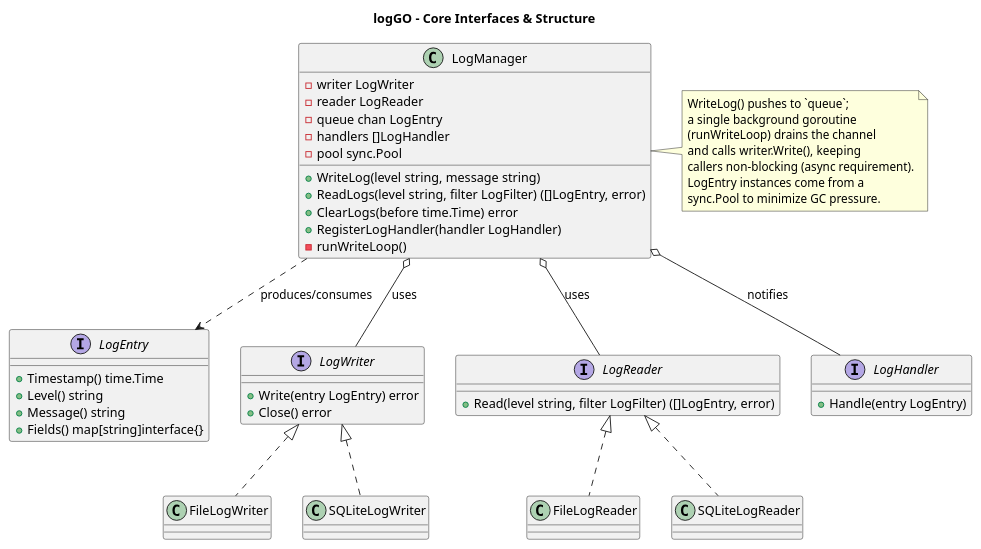
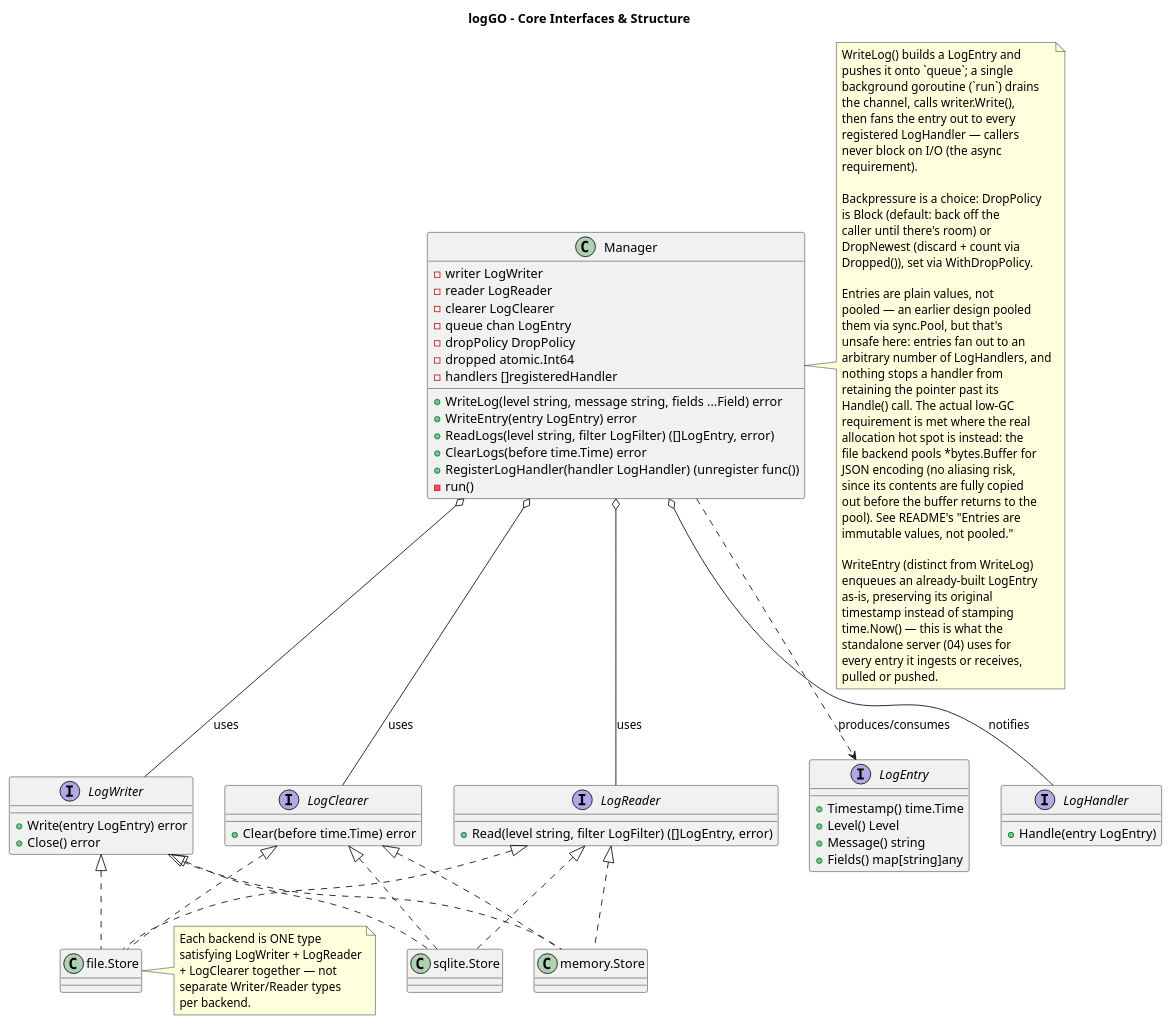
Before and after one commit to ttfancy/logGO: the diagram in docs/diagrams/01-logGO-structure.puml, drawn with PlantUML. The commit also changed 6 other files, not shown here.

First line of the commit message:
Bring diagrams and README back in sync with the code

```diff
--- a/docs/diagrams/01-logGO-structure.puml
+++ b/docs/diagrams/01-logGO-structure.puml
@@ -1,62 +1,115 @@
 @startuml
 title logGO - Core Interfaces & Structure
 
 interface LogEntry {
   +Timestamp() time.Time
-  +Level() string
+  +Level() Level
   +Message() string
-  +Fields() map[string]interface{}
+  +Fields() map[string]any
 }
 
 interface LogWriter {
   +Write(entry LogEntry) error
   +Close() error
 }
 
 interface LogReader {
   +Read(level string, filter LogFilter) ([]LogEntry, error)
 }
 
+interface LogClearer {
+  +Clear(before time.Time) error
+}
+
 interface LogHandler {
   +Handle(entry LogEntry)
 }
 
-class LogManager {
+class Manager {
   -writer LogWriter
   -reader LogReader
+  -clearer LogClearer
   -queue chan LogEntry
-  -handlers []LogHandler
-  -pool sync.Pool
-  +WriteLog(level string, message string)
+  -dropPolicy DropPolicy
+  -dropped atomic.Int64
+  -handlers []registeredHandler
+  +WriteLog(level string, message string, fields ...Field) error
+  +WriteEntry(entry LogEntry) error
   +ReadLogs(level string, filter LogFilter) ([]LogEntry, error)
   +ClearLogs(before time.Time) error
-  +RegisterLogHandler(handler LogHandler)
-  -runWriteLoop()
+  +RegisterLogHandler(handler LogHandler) (unregister func())
+  -run()
 }
 
-class FileLogWriter
-class FileLogReader
-class SQLiteLogWriter
-class SQLiteLogReader
+class "file.Store" as FileStore
+class "sqlite.Store" as SQLiteStore
+class "memory.Store" as MemoryStore
 
-LogWriter <|.. FileLogWriter
-LogReader <|.. FileLogReader
-LogWriter <|.. SQLiteLogWriter
-LogReader <|.. SQLiteLogReader
+note right of FileStore
+  Each backend is ONE type
+  satisfying LogWriter + LogReader
+  + LogClearer together — not
+  separate Writer/Reader types
+  per backend.
+end note
 
-LogManager o-- LogWriter : uses
-LogManager o-- LogReader : uses
-LogManager o-- LogHandler : notifies
-LogManager ..> LogEntry : produces/consumes
+LogWriter <|.. FileStore
+LogReader <|.. FileStore
+LogClearer <|.. FileStore
+LogWriter <|.. SQLiteStore
+LogReader <|.. SQLiteStore
+LogClearer <|.. SQLiteStore
+LogWriter <|.. MemoryStore
+LogReader <|.. MemoryStore
+LogClearer <|.. MemoryStore
 
-note right of LogManager
-  WriteLog() pushes to `queue`;
-  a single background goroutine
-  (runWriteLoop) drains the channel
-  and calls writer.Write(), keeping
-  callers non-blocking (async requirement).
-  LogEntry instances come from a
-  sync.Pool to minimize GC pressure.
+Manager o-- LogWriter : uses
+Manager o-- LogReader : uses
+Manager o-- LogClearer : uses
+Manager o-- LogHandler : notifies
+Manager ..> LogEntry : produces/consumes
+
+note right of Manager
+  WriteLog() builds a LogEntry and
+  pushes it onto `queue`; a single
+  background goroutine (`run`) drains
+  the channel, calls writer.Write(),
+  then fans the entry out to every
+  registered LogHandler — callers
+  never block on I/O (the async
+  requirement).
+
+  Backpressure is a choice: DropPolicy
+  is Block (default: back off the
+  caller until there's room) or
+  DropNewest (discard + count via
+  Dropped()), set via WithDropPolicy.
+
+  Entries are plain values, not
+  pooled — an earlier design pooled
+  them via sync.Pool, but that's
+  unsafe here: entries fan out to an
+  arbitrary number of LogHandlers, and
+  nothing stops a handler from
+  retaining the pointer past its
+  Handle() call. The actual low-GC
+  requirement is met where the real
+  allocation hot spot is instead: the
+  file backend pools *bytes.Buffer for
+  JSON encoding (no aliasing risk,
+  since its contents are fully copied
+  out before the buffer returns to the
+  pool). See README's "Entries are
+  immutable values, not pooled."
+
+  WriteEntry (distinct from WriteLog)
+  enqueues an already-built LogEntry
+  as-is, preserving its original
+  timestamp instead of stamping
+  time.Now() — this is what the
+  standalone server (04) uses for
+  every entry it ingests or receives,
+  pulled or pushed.
 end note
 
 @enduml
```
